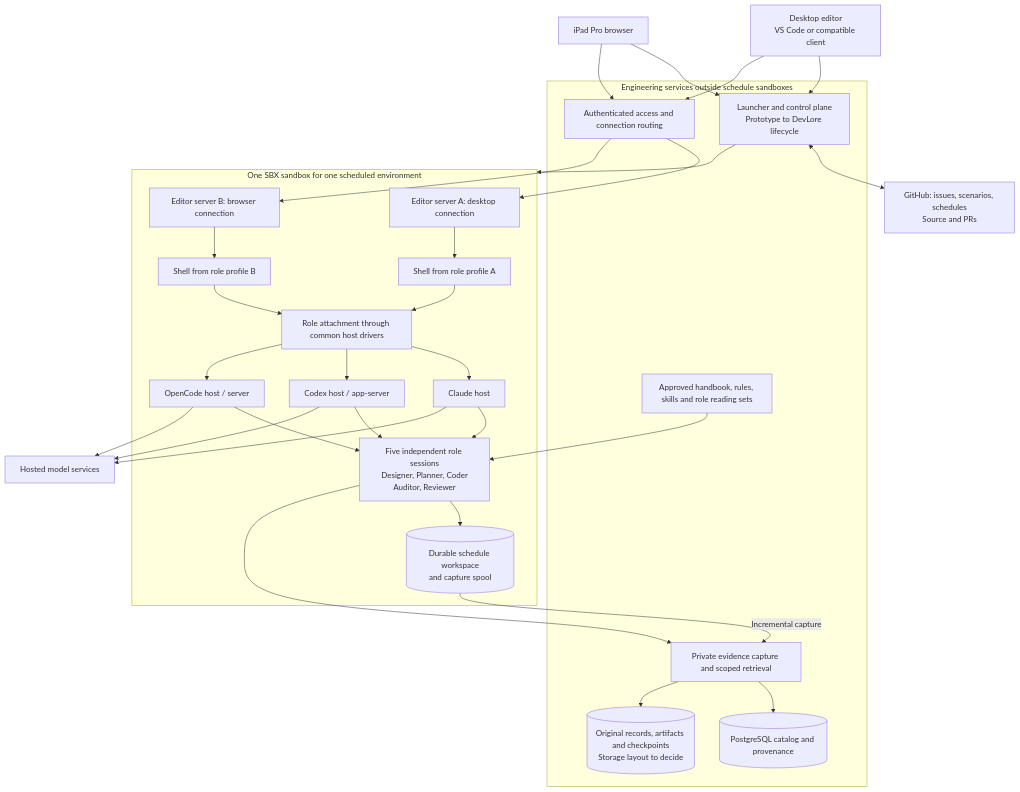
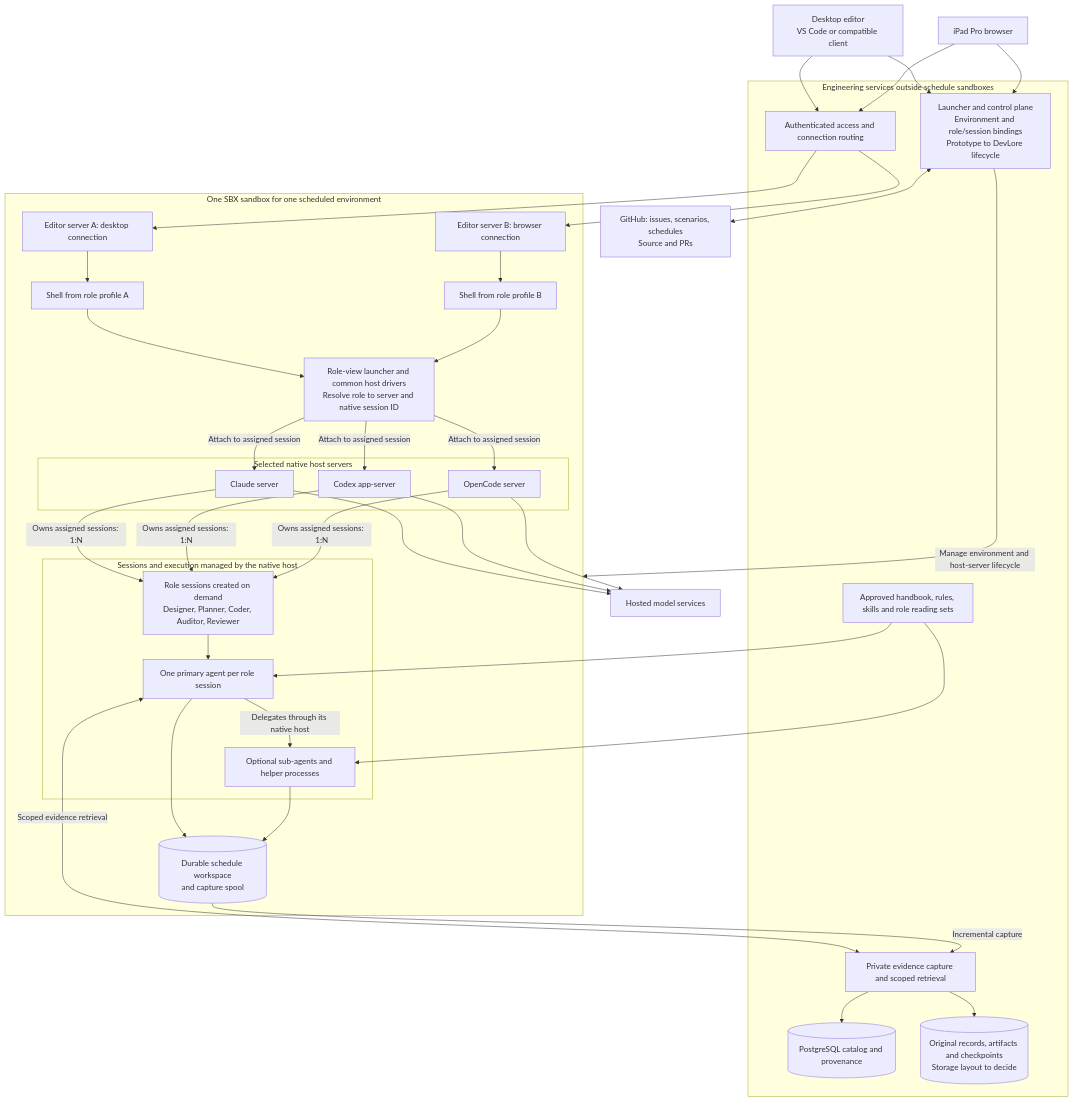
Before and after one commit to NobleFactor/noblefactor-engprod: the first of 7 diagrams in docs/architecture/agentic-developer-workstation.md, drawn with Mermaid. The commit also changed other lines of this file and 2 other files, not shown here.

First line of the commit message:
docs: specify shared host servers and interaction lifecycle (#521)

````diff
--- a/docs/architecture/agentic-developer-workstation.md
+++ b/docs/architecture/agentic-developer-workstation.md
@@ -250,57 +255,70 @@
 ```mermaid
 flowchart TB
     Mac["Desktop editor<br/>VS Code or compatible client"]
     Pad["iPad Pro browser"]
     GitHub["GitHub: issues, scenarios, schedules<br/>Source and PRs"]
     Models["Hosted model services"]
 
     subgraph Shared["Engineering services outside schedule sandboxes"]
-        Control["Launcher and control plane<br/>Prototype to DevLore lifecycle"]
+        Control["Launcher and control plane<br/>Environment and role/session bindings<br/>Prototype to DevLore lifecycle"]
         Access["Authenticated access and connection routing"]
         Policy["Approved handbook, rules, skills and role reading sets"]
         Evidence["Private evidence capture and scoped retrieval"]
         Catalog[("PostgreSQL catalog and provenance")]
         Originals[("Original records, artifacts and checkpoints<br/>Storage layout to decide")]
         Evidence --> Catalog
         Evidence --> Originals
     end
 
     subgraph SBX["One SBX sandbox for one scheduled environment"]
         EditorA["Editor server A: desktop connection"]
         EditorB["Editor server B: browser connection"]
         ProfileA["Shell from role profile A"]
         ProfileB["Shell from role profile B"]
-        Attach["Role attachment through common host drivers"]
-        Claude["Claude host"]
-        Codex["Codex host / app-server"]
-        OpenCode["OpenCode host / server"]
-        Roles["Five independent role sessions<br/>Designer, Planner, Coder<br/>Auditor, Reviewer"]
+        Attach["Role-view launcher and common host drivers<br/>Resolve role to server and native session ID"]
+
+        subgraph Servers["Selected native host servers"]
+            Claude["Claude server"]
+            Codex["Codex app-server"]
+            OpenCode["OpenCode server"]
+        end
+
+        subgraph Managed["Sessions and execution managed by the native host"]
+            Roles["Role sessions created on demand<br/>Designer, Planner, Coder, Auditor, Reviewer"]
+            Primary["One primary agent per role session"]
+            Children["Optional sub-agents and helper processes"]
+            Roles --> Primary
+            Primary -->|"Delegates through its native host"| Children
+        end
+
         Work[("Durable schedule workspace<br/>and capture spool")]
         EditorA --> ProfileA
         EditorB --> ProfileB
         ProfileA --> Attach
         ProfileB --> Attach
-        Attach --> Claude
-        Attach --> Codex
-        Attach --> OpenCode
-        Claude --> Roles
-        Codex --> Roles
-        OpenCode --> Roles
-        Roles --> Work
+        Attach -->|"Attach to assigned session"| Claude
+        Attach -->|"Attach to assigned session"| Codex
+        Attach -->|"Attach to assigned session"| OpenCode
+        Claude -->|"Owns assigned sessions: 1:N"| Roles
+        Codex -->|"Owns assigned sessions: 1:N"| Roles
+        OpenCode -->|"Owns assigned sessions: 1:N"| Roles
+        Primary --> Work
+        Children --> Work
     end
 
     Mac --> Control
     Pad --> Control
     Mac --> Access
     Pad --> Access
     Access --> EditorA
     Access --> EditorB
-    Control --> SBX
+    Control -->|"Manage environment and host-server lifecycle"| SBX
     Control <--> GitHub
-    Policy --> Roles
-    Roles --> Evidence
+    Policy --> Primary
+    Policy --> Children
+    Primary <-->|"Scoped evidence retrieval"| Evidence
     Work -->|"Incremental capture"| Evidence
     Claude --> Models
     Codex --> Models
     OpenCode --> Models
 ```
````
